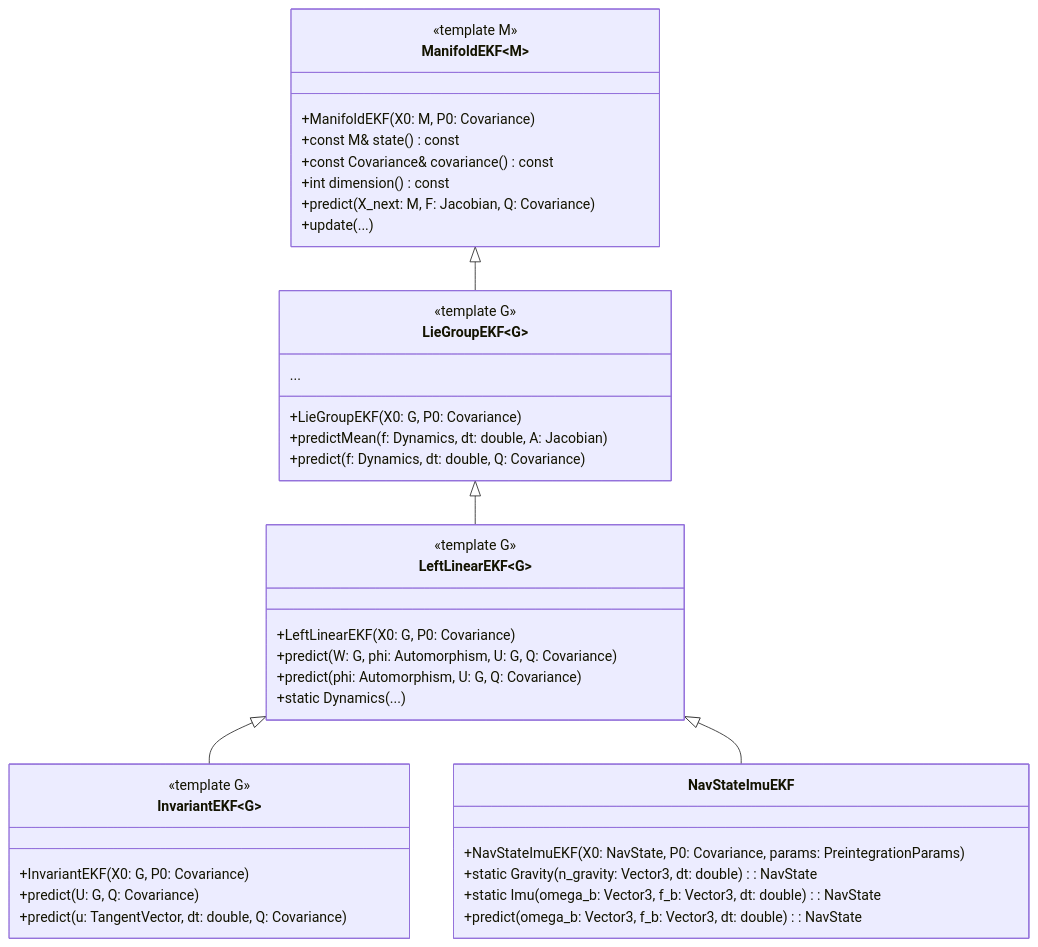
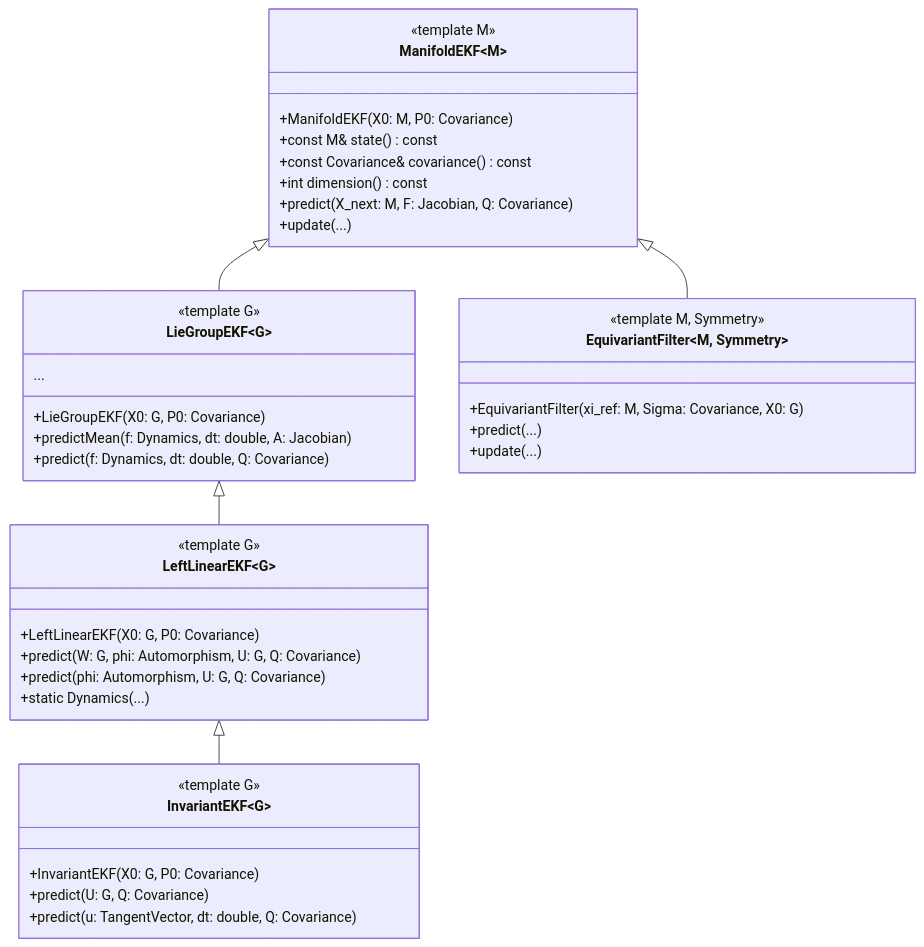
The diagram in gtsam/navigation/doc/EKF-variants.md (jenniferoum/gtsam), drawn with Mermaid before and after one commit. The commit also changed other lines of this file, not shown here.

````diff
--- a/gtsam/navigation/doc/EKF-variants.md
+++ b/gtsam/navigation/doc/EKF-variants.md
@@ -406,49 +452,49 @@
 ```mermaid
 classDiagram
   direction TD
 
   class ManifoldEKF~M~ {
     <<template M>>
     +ManifoldEKF(X0: M, P0: Covariance)
     +const M& state() const
     +const Covariance& covariance() const
     +int dimension() const
     +predict(X_next: M, F: Jacobian, Q: Covariance)
     +update(...)
   }
 
   class LieGroupEKF~G~ {
     <<template G>>
     +LieGroupEKF(X0: G, P0: Covariance)
     +predictMean(f: Dynamics, dt: double, A: Jacobian)
     +predict(f: Dynamics, dt: double, Q: Covariance)
     ...
   }
 
   class InvariantEKF~G~ {
     <<template G>>
     +InvariantEKF(X0: G, P0: Covariance)
     +predict(U: G, Q: Covariance)
     +predict(u: TangentVector, dt: double, Q: Covariance)
   }
 
   class LeftLinearEKF~G~ {
     <<template G>>
     +LeftLinearEKF(X0: G, P0: Covariance)
     +predict(W: G, phi: Automorphism, U: G, Q: Covariance)
     +predict(phi: Automorphism, U: G, Q: Covariance)
     +static Dynamics(...)
   }
 
-  class NavStateImuEKF {
-    +NavStateImuEKF(X0: NavState, P0: Covariance, params: PreintegrationParams)
-    +static Gravity(n_gravity: Vector3, dt: double): NavState
-    +static Imu(omega_b: Vector3, f_b: Vector3, dt: double): NavState
-    +predict(omega_b: Vector3, f_b: Vector3, dt: double): NavState
+  class EquivariantFilter~M, Symmetry~ {
+    <<template M, Symmetry>>
+    +EquivariantFilter(xi_ref: M, Sigma: Covariance, X0: G)
+    +predict(...)
+    +update(...)
   }
 
   ManifoldEKF~M~ <|-- LieGroupEKF~G~
+  ManifoldEKF~M~ <|-- EquivariantFilter~M, Symmetry~
   LieGroupEKF~G~ <|-- LeftLinearEKF~G~
   LeftLinearEKF~G~ <|-- InvariantEKF~G~
-  LeftLinearEKF~G~ <|-- NavStateImuEKF
 ```
````
